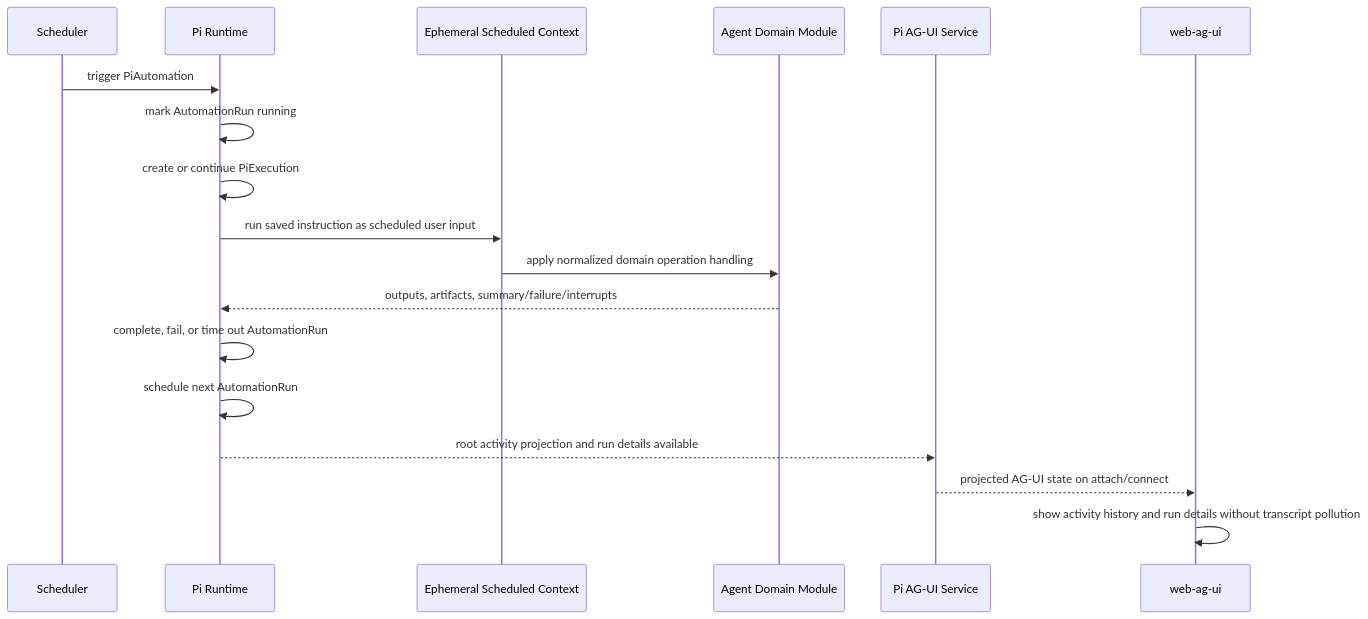
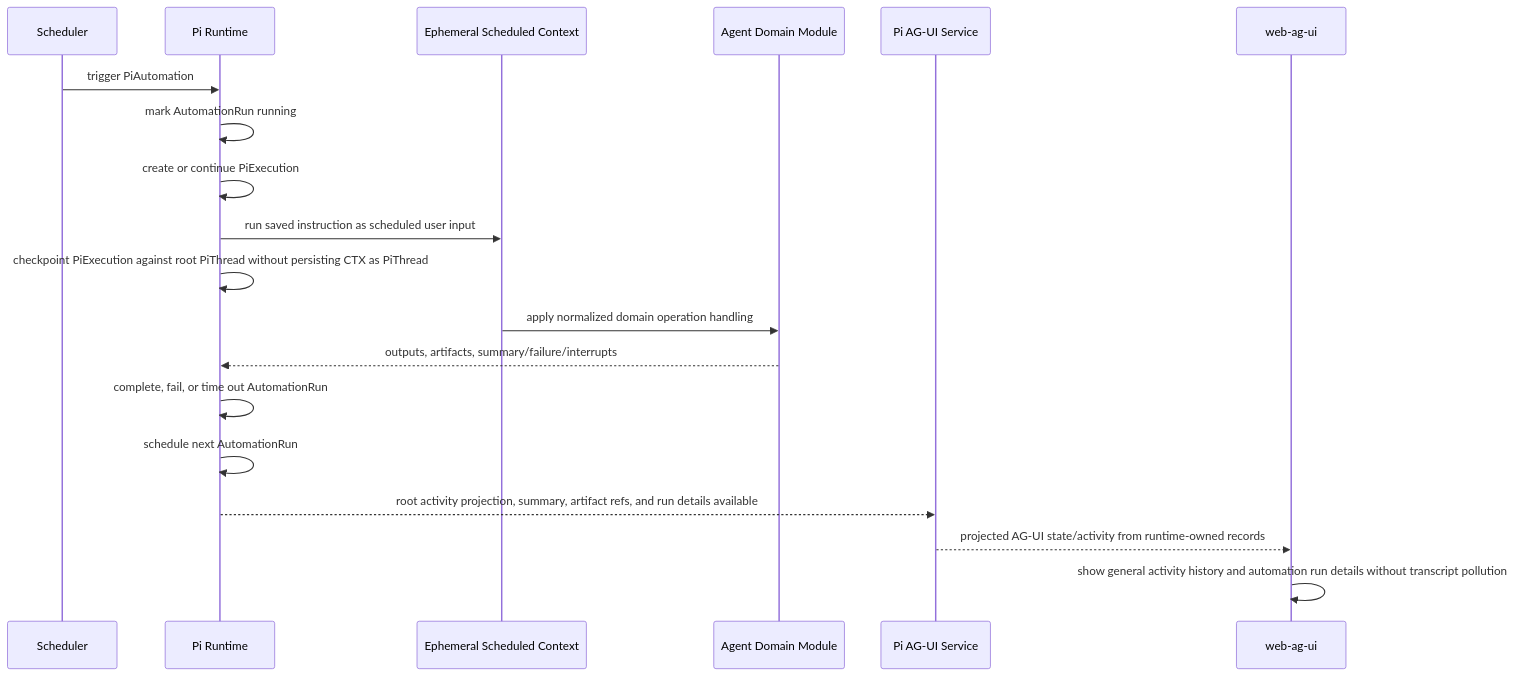
One commit to EmberAGI/arbitrum-vibekit changed the sixth of 7 diagrams in typescript/clients/web-ag-ui/docs/c4-pi-runtime-architecture-and-boundaries.md. Above: the diagram before and after it, drawn with Mermaid. The commit also changed other lines of this file and 7 other files, not shown here.

Commit message:
fix(agent-runtime): correct scheduled automation audit gaps

````diff
--- a/typescript/clients/web-ag-ui/docs/c4-pi-runtime-architecture-and-boundaries.md
+++ b/typescript/clients/web-ag-ui/docs/c4-pi-runtime-architecture-and-boundaries.md
@@ -339,21 +339,22 @@
 ```mermaid
 sequenceDiagram
   participant SCH as Scheduler
   participant RT as Pi Runtime
   participant CTX as Ephemeral Scheduled Context
   participant DM as Agent Domain Module
   participant AG as Pi AG-UI Service
   participant Web as web-ag-ui
 
   SCH->>RT: trigger PiAutomation
   RT->>RT: mark AutomationRun running
   RT->>RT: create or continue PiExecution
   RT->>CTX: run saved instruction as scheduled user input
+  RT->>RT: checkpoint PiExecution against root PiThread without persisting CTX as PiThread
   CTX->>DM: apply normalized domain operation handling
   DM-->>RT: outputs, artifacts, summary/failure/interrupts
   RT->>RT: complete, fail, or time out AutomationRun
   RT->>RT: schedule next AutomationRun
-  RT-->>AG: root activity projection and run details available
-  AG-->>Web: projected AG-UI state on attach/connect
-  Web->>Web: show activity history and run details without transcript pollution
+  RT-->>AG: root activity projection, summary, artifact refs, and run details available
+  AG-->>Web: projected AG-UI state/activity from runtime-owned records
+  Web->>Web: show general activity history and automation run details without transcript pollution
 ```
````
